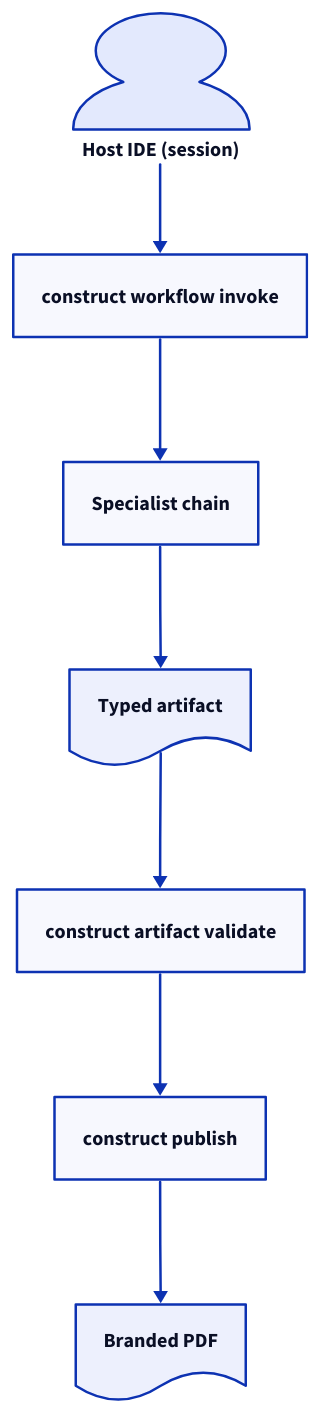
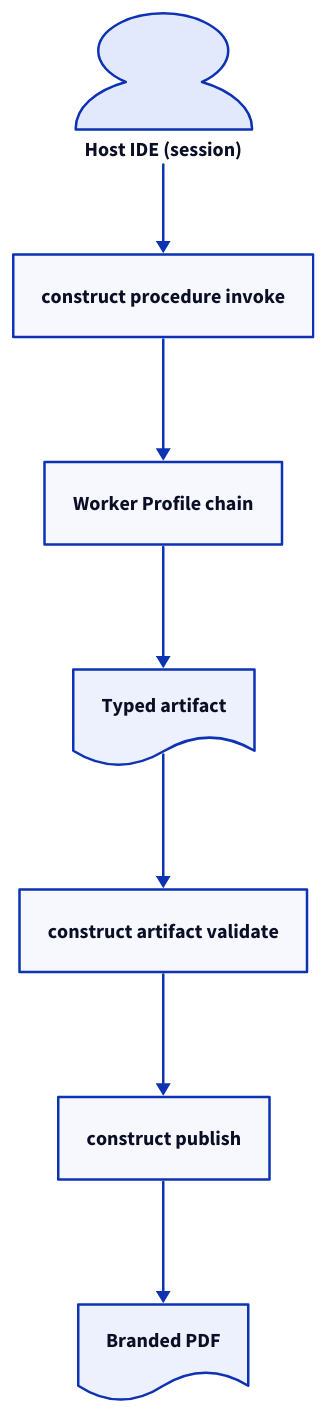
One commit to geraldmaron/construct changed the third of 3 diagrams in tests/fixtures/publish/golden-prd-platform.md. Above: the diagram before and after it, drawn with D2. The commit also changed other lines of this file and 15 other files, not shown here.

First line of the commit message:
fix(publish): retire Mermaid handDrawn/Caveat; add SVG overlap proof

````diff
--- a/tests/fixtures/publish/golden-prd-platform.md
+++ b/tests/fixtures/publish/golden-prd-platform.md
@@ -282,20 +282,20 @@
 ```d2
 direction: down
 
 host_ide: Host IDE (session) {
   shape: person
 }
 
-invoke: construct workflow invoke
-author: Specialist chain
+invoke: construct procedure invoke
+author: Worker Profile chain
 artifact: Typed artifact {
   shape: document
 }
 validate: construct artifact validate
 publish: construct publish
 pdf: Branded PDF {
   shape: document
 }
 
 host_ide -> invoke -> author -> artifact -> validate -> publish -> pdf
 ```
````
